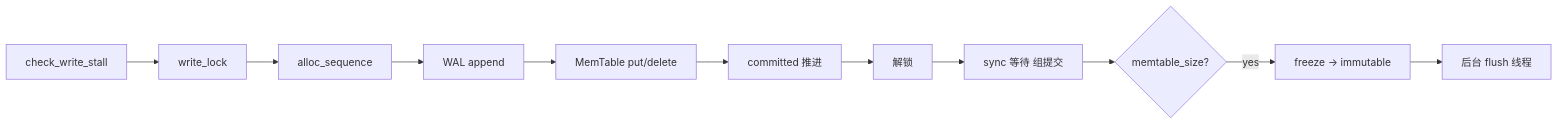
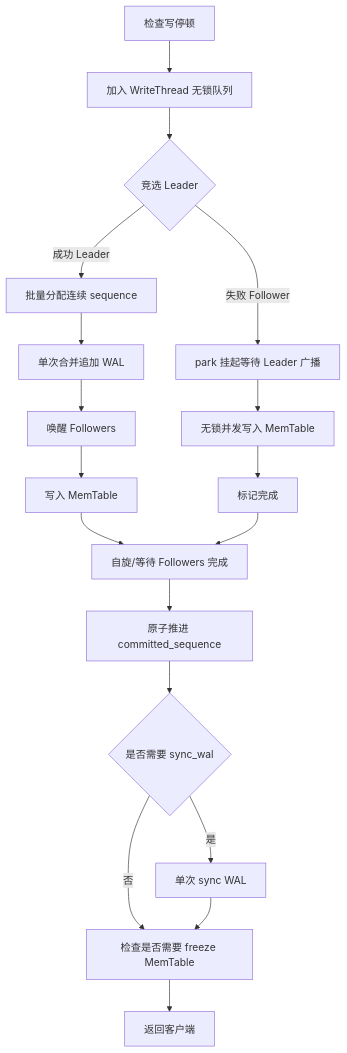
Before and after one commit to wiqun/AiDb: the first of 2 diagrams in docs/modules/01-engine.md, drawn with Mermaid. The commit also changed other lines of this file and 7 other files, not shown here.

First line of the commit message:
feat(engine): 引入 WriteThread 协作状态机与 Leader Group Commit 写入管线

````diff
--- a/docs/modules/01-engine.md
+++ b/docs/modules/01-engine.md
@@ -62,13 +62,20 @@
 ```mermaid
-flowchart LR
-    W[check_write_stall] --> L[write_lock]
-    L --> S[alloc_sequence]
-    S --> WAL[WAL append]
-    WAL --> MT[MemTable put/delete]
-    MT --> CM[committed 推进]
-    CM --> UL[解锁]
-    UL --> SY[sync 等待 组提交]
-    SY --> F{memtable_size?}
-    F -->|yes| FR[freeze → immutable]
-    FR --> BG[后台 flush 线程]
+flowchart TD
+    W[检查写停顿] --> Q[加入 WriteThread 无锁队列]
+    Q --> E{竞选 Leader}
+    E -->|成功 Leader| L1[批量分配连续 sequence]
+    L1 --> L2[单次合并追加 WAL]
+    L2 --> L3[唤醒 Followers]
+    E -->|失败 Follower| P[park 挂起等待 Leader 广播]
+    P --> M2[无锁并发写入 MemTable]
+    L3 --> M1[写入 MemTable]
+    M1 --> D1[自旋/等待 Followers 完成]
+    M2 --> D2[标记完成]
+    D2 --> D1
+    D1 --> C[原子推进 committed_sequence]
+    C --> S{是否需要 sync_wal}
+    S -->|是| SY[单次 sync WAL]
+    S -->|否| F[检查是否需要 freeze MemTable]
+    SY --> F
+    F --> R[返回客户端]
 ```
````
